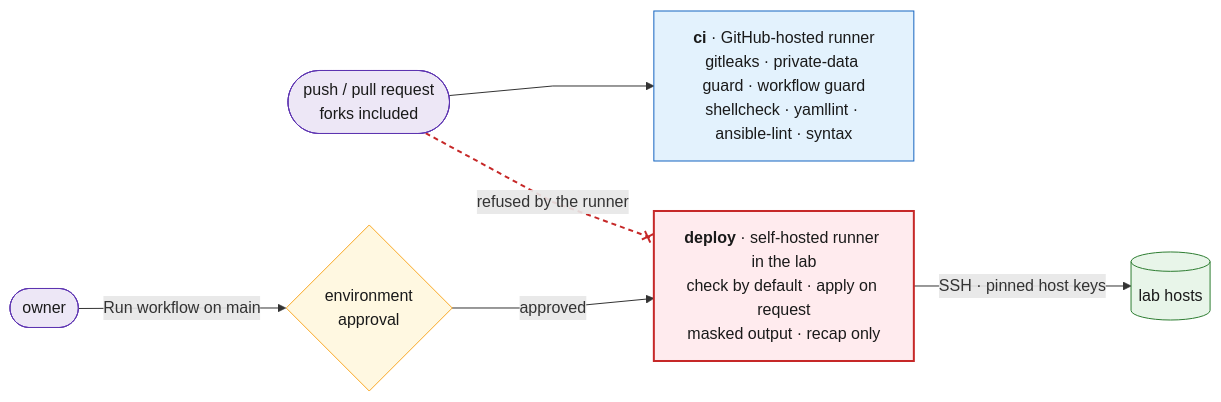
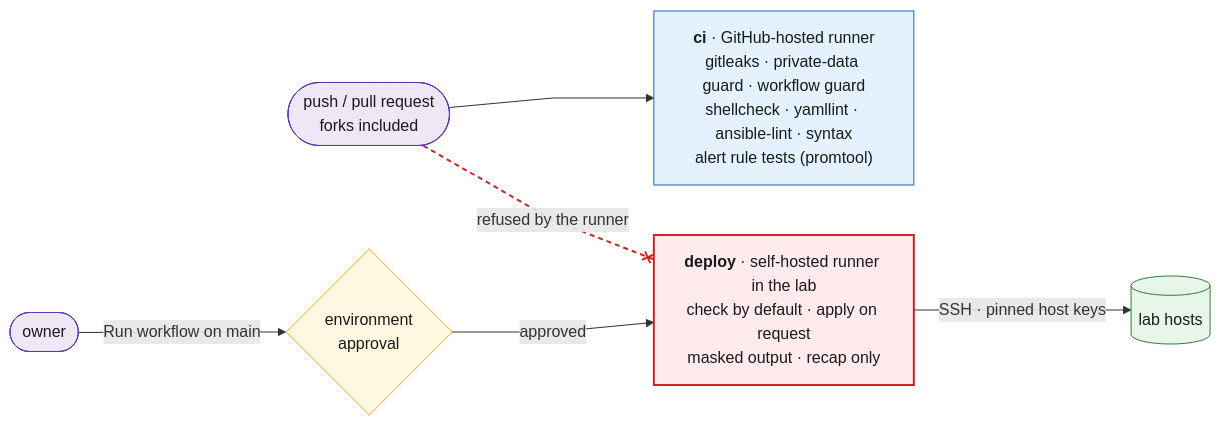
The second of 2 diagrams in README.md (RyanMoore-phys/homelab-infra), drawn with Mermaid before and after one commit. The commit also changed other lines of this file and 41 other files, not shown here.

````diff
--- a/README.md
+++ b/README.md
@@ -165,21 +187,21 @@
 ```mermaid
 flowchart LR
-    pr(["push / pull request<br/>forks included"]) --> ci["<b>ci</b> · GitHub-hosted runner<br/>gitleaks · private-data guard · workflow guard<br/>shellcheck · yamllint · ansible-lint · syntax"]
+    pr(["push / pull request<br/>forks included"]) --> ci["<b>ci</b> · GitHub-hosted runner<br/>gitleaks · private-data guard · workflow guard<br/>shellcheck · yamllint · ansible-lint · syntax<br/>alert rule tests (promtool)"]
     owner(["owner"]) -->|"Run workflow on main"| gate{"environment<br/>approval"}
     gate -->|"approved"| deploy["<b>deploy</b> · self-hosted runner in the lab<br/>check by default · apply on request<br/>masked output · recap only"]
     deploy -->|"SSH · pinned host keys"| lab[("lab hosts")]
     pr -.-x|"refused by the runner"| deploy
 
     classDef hosted fill:#e3f2fd,stroke:#1565c0,color:#1a1a1a
     classDef selfhosted fill:#ffebee,stroke:#c62828,stroke-width:2px,color:#1a1a1a
     classDef actor fill:#ede7f6,stroke:#5e35b1,color:#1a1a1a
     classDef gate fill:#fff8e1,stroke:#f9a825,color:#1a1a1a
     classDef lab fill:#e8f5e9,stroke:#2e7d32,color:#1a1a1a
     class ci hosted
     class deploy selfhosted
     class pr,owner actor
     class gate gate
     class lab lab
     linkStyle default interpolate linear
     linkStyle 4 stroke:#c62828,stroke-width:2px,stroke-dasharray:5 4
 ```
````
